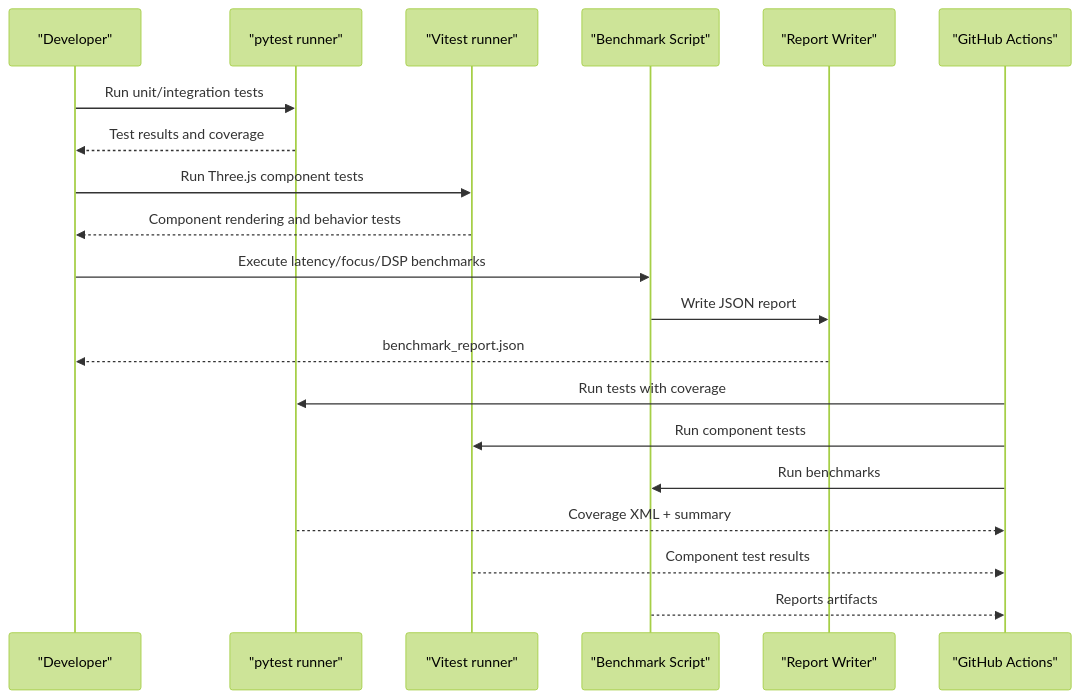
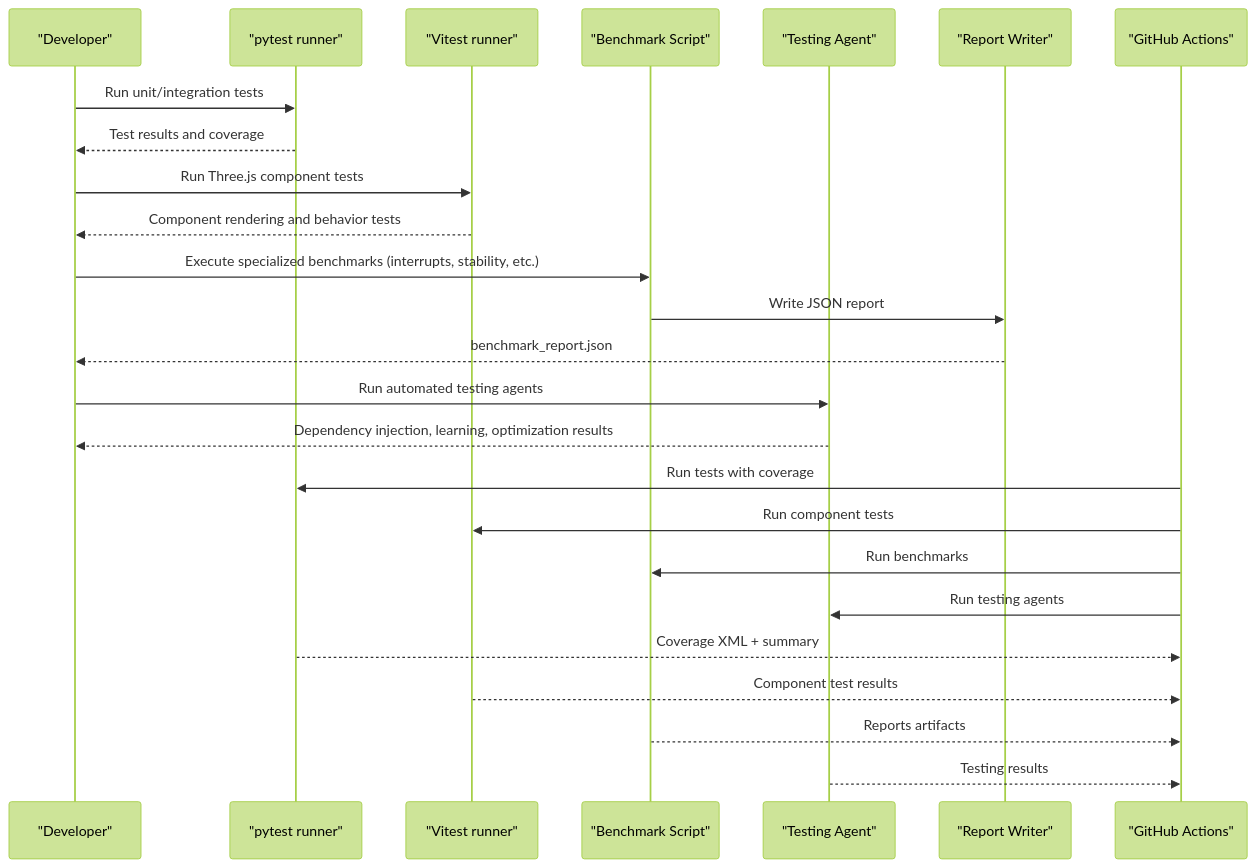
Before and after one commit to Moeabdelaziz007/Aether-Voice-OS: the second of 14 diagrams in .qoder/repowiki/en/content/Testing and Quality Assurance/Testing and Quality Assurance.md, drawn with Mermaid (forest theme). The commit also changed other lines of this file and 29 other files, not shown here.

First line of the commit message:
feat(ai-layer): enhance AI integration with specialized agents and genetic optimization

````diff
--- a/.qoder/repowiki/en/content/Testing and Quality Assurance/Testing and Quality Assurance.md
+++ b/.qoder/repowiki/en/content/Testing and Quality Assurance/Testing and Quality Assurance.md
@@ -180,22 +208,27 @@
 ```mermaid
 sequenceDiagram
 participant Dev as "Developer"
 participant Pytest as "pytest runner"
 participant Vitest as "Vitest runner"
 participant Bench as "Benchmark Script"
+participant Agent as "Testing Agent"
 participant Report as "Report Writer"
 participant CI as "GitHub Actions"
 Dev->>Pytest : Run unit/integration tests
 Pytest-->>Dev : Test results and coverage
 Dev->>Vitest : Run Three.js component tests
 Vitest-->>Dev : Component rendering and behavior tests
-Dev->>Bench : Execute latency/focus/DSP benchmarks
+Dev->>Bench : Execute specialized benchmarks (interrupts, stability, etc.)
 Bench->>Report : Write JSON report
 Report-->>Dev : benchmark_report.json
+Dev->>Agent : Run automated testing agents
+Agent-->>Dev : Dependency injection, learning, optimization results
 CI->>Pytest : Run tests with coverage
 CI->>Vitest : Run component tests
 CI->>Bench : Run benchmarks
+CI->>Agent : Run testing agents
 Pytest-->>CI : Coverage XML + summary
 Vitest-->>CI : Component test results
 Bench-->>CI : Reports artifacts
+Agent-->>CI : Testing results
 ```
````
